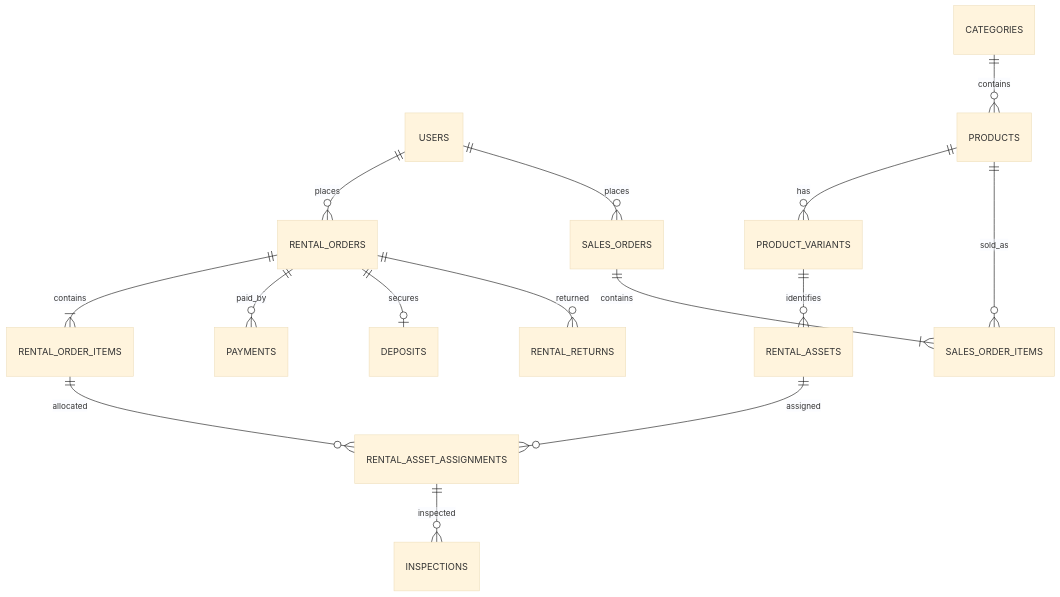
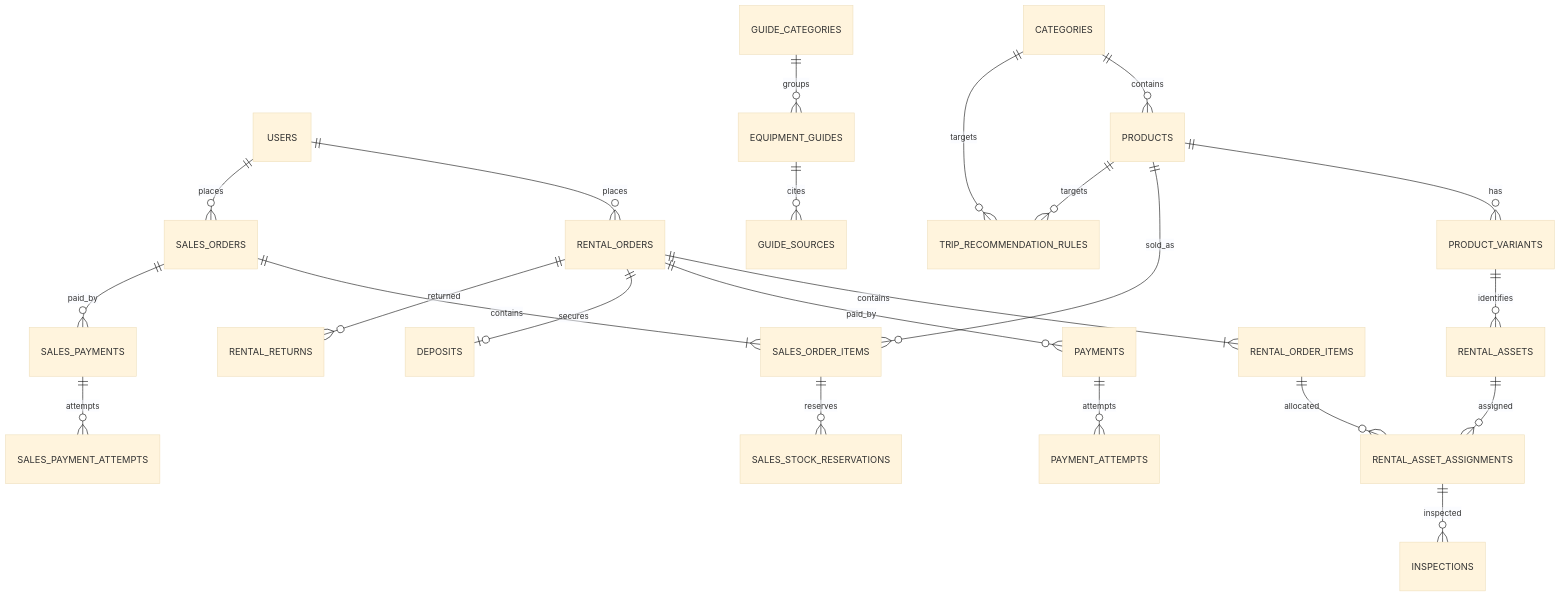
One commit to KiandrAHD/Gearora changed the third of 4 diagrams in .docs/ARCHITECTURE_GEARORA.md. Above: the diagram before and after it, drawn with Mermaid (base theme). The commit also changed other lines of this file and 19 other files, not shown here.

````diff
--- a/.docs/ARCHITECTURE_GEARORA.md
+++ b/.docs/ARCHITECTURE_GEARORA.md
@@ -208,17 +212,25 @@
 ```mermaid
 erDiagram
     USERS ||--o{ RENTAL_ORDERS : places
     USERS ||--o{ SALES_ORDERS : places
     CATEGORIES ||--o{ PRODUCTS : contains
     PRODUCTS ||--o{ PRODUCT_VARIANTS : has
     PRODUCT_VARIANTS ||--o{ RENTAL_ASSETS : identifies
     RENTAL_ORDERS ||--|{ RENTAL_ORDER_ITEMS : contains
     RENTAL_ORDER_ITEMS ||--o{ RENTAL_ASSET_ASSIGNMENTS : allocated
     RENTAL_ASSETS ||--o{ RENTAL_ASSET_ASSIGNMENTS : assigned
     RENTAL_ORDERS ||--o{ PAYMENTS : paid_by
     RENTAL_ORDERS ||--o| DEPOSITS : secures
     RENTAL_ASSET_ASSIGNMENTS ||--o{ INSPECTIONS : inspected
     RENTAL_ORDERS ||--o{ RENTAL_RETURNS : returned
     SALES_ORDERS ||--|{ SALES_ORDER_ITEMS : contains
     PRODUCTS ||--o{ SALES_ORDER_ITEMS : sold_as
+    SALES_ORDER_ITEMS ||--o{ SALES_STOCK_RESERVATIONS : reserves
+    SALES_ORDERS ||--o{ SALES_PAYMENTS : paid_by
+    SALES_PAYMENTS ||--o{ SALES_PAYMENT_ATTEMPTS : attempts
+    PAYMENTS ||--o{ PAYMENT_ATTEMPTS : attempts
+    GUIDE_CATEGORIES ||--o{ EQUIPMENT_GUIDES : groups
+    EQUIPMENT_GUIDES ||--o{ GUIDE_SOURCES : cites
+    CATEGORIES ||--o{ TRIP_RECOMMENDATION_RULES : targets
+    PRODUCTS ||--o{ TRIP_RECOMMENDATION_RULES : targets
 ```
````
